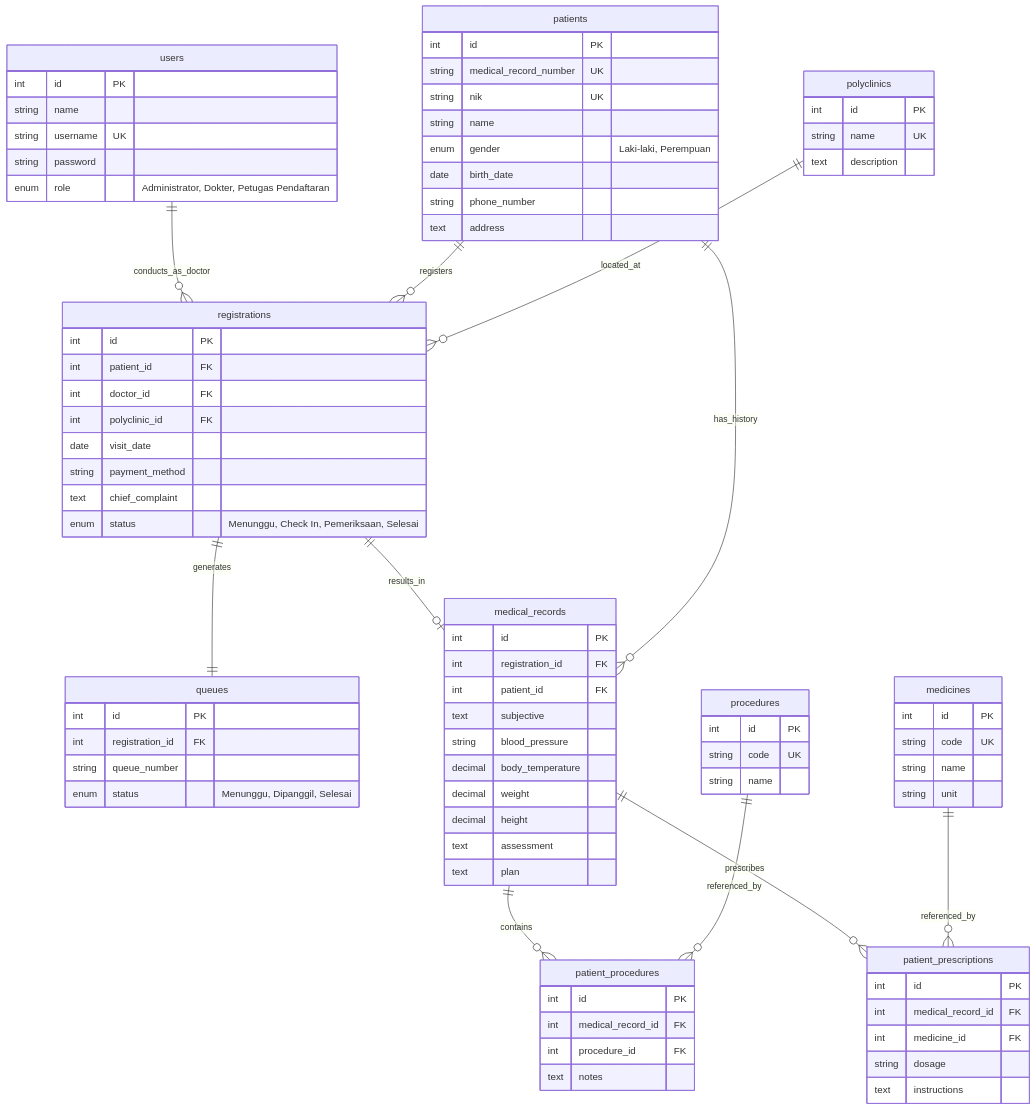
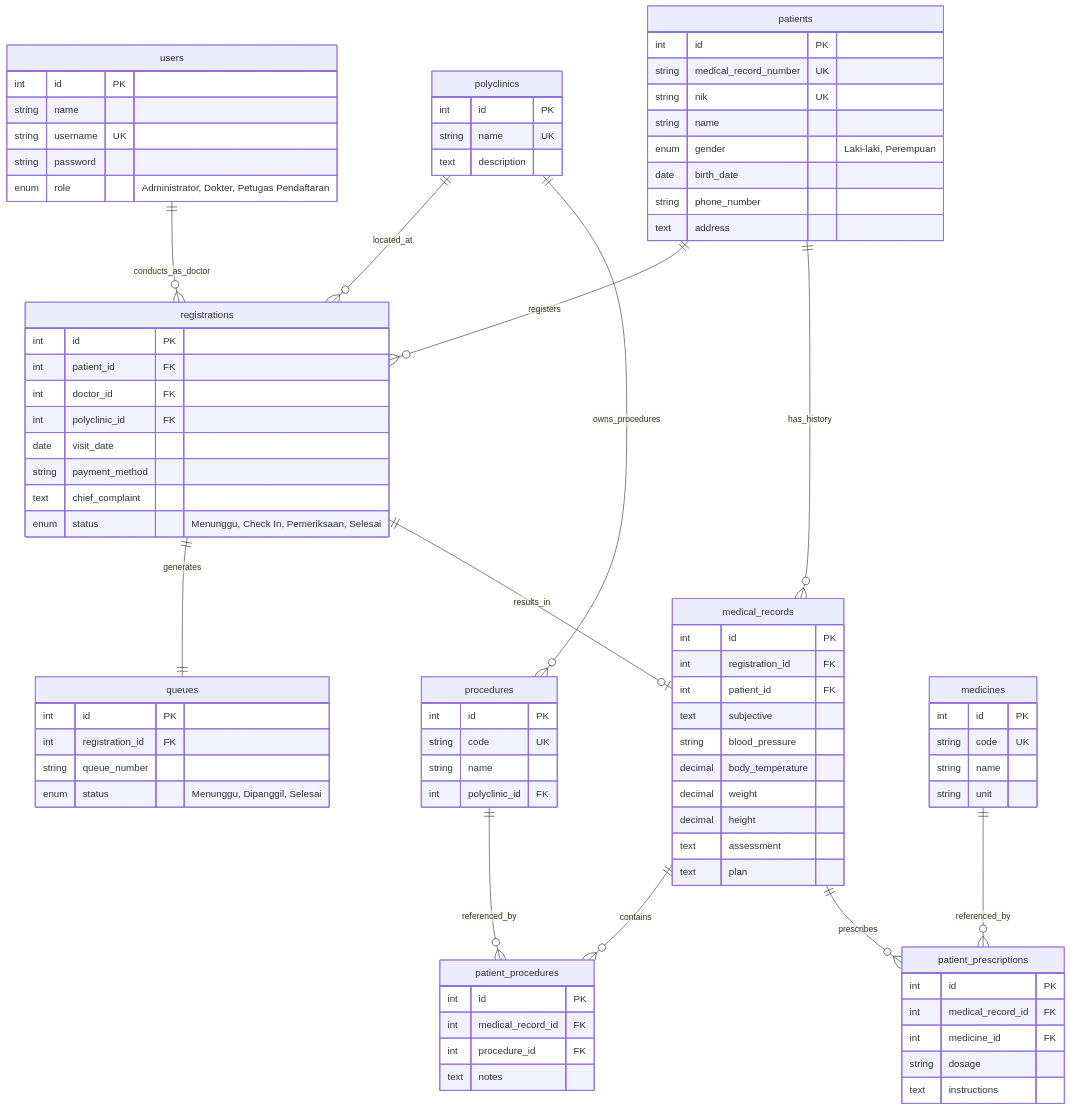
The diagram in ERD.md (riswanfauzan25/nexa-clinic-app), drawn with Mermaid before and after one commit. The commit also changed 20 other files, not shown here.

```diff
--- a/ERD.md
+++ b/ERD.md
@@ -8,6 +8,7 @@
     users ||--o{ registrations : "conducts_as_doctor"
     patients ||--o{ registrations : "registers"
     polyclinics ||--o{ registrations : "located_at"
+    polyclinics ||--o{ procedures : "owns_procedures"
     
     registrations ||--|| queues : "generates"
     registrations ||--o| medical_records : "results_in"
@@ -55,6 +56,7 @@
         int id PK
         string code UK
         string name
+        int polyclinic_id FK
     }
 
     registrations {
```
